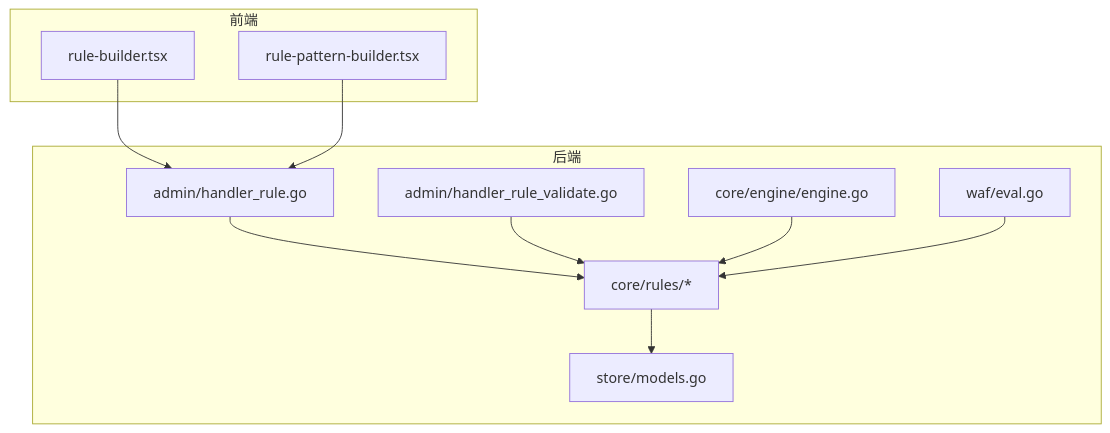
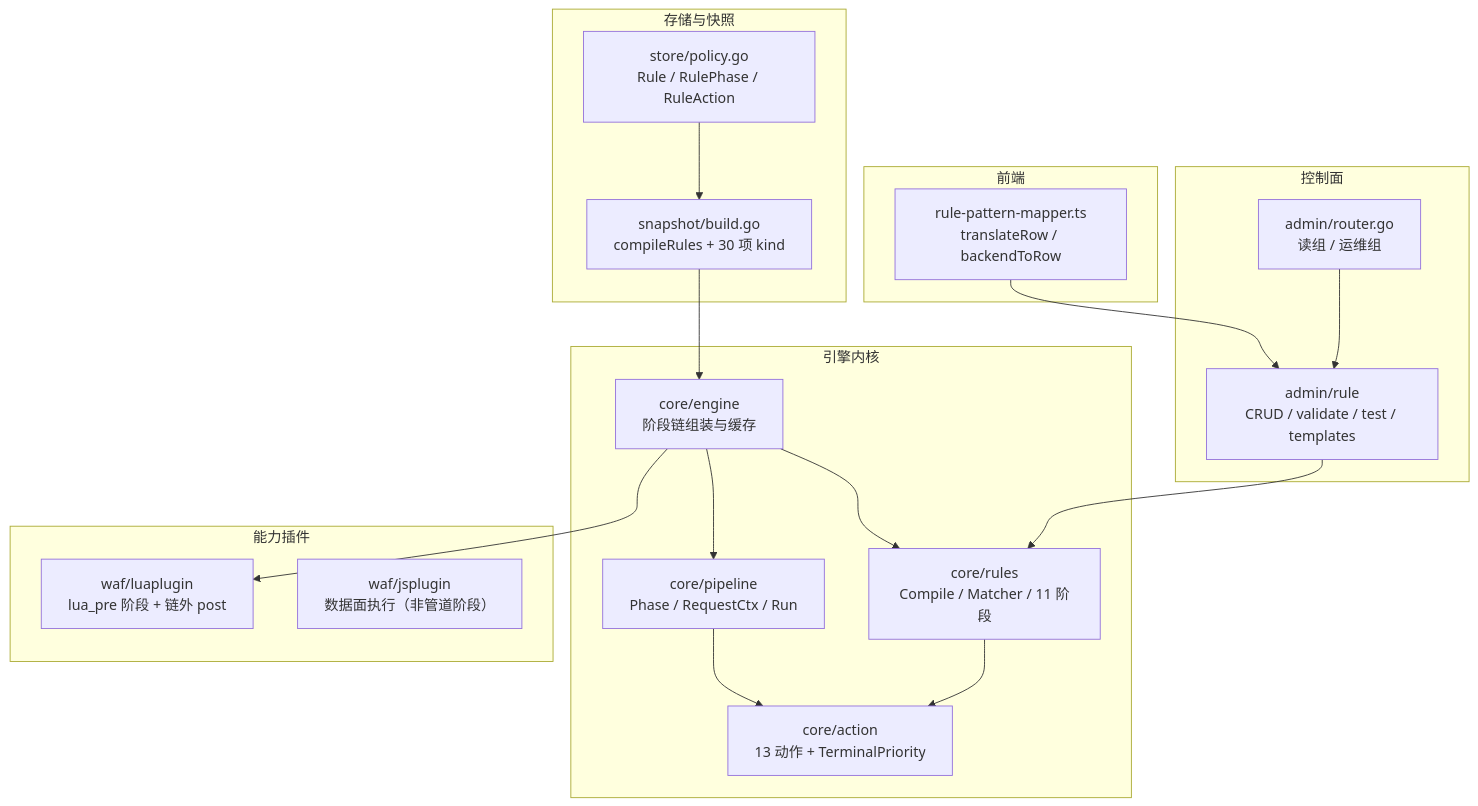
The first of 5 diagrams in docs/扩展与插件系统/规则引擎扩展/规则引擎扩展.md (x01n/My-OpenWaf), drawn with Mermaid before and after one commit. The commit also changed other lines of this file and 622 other files, not shown here.

````diff
--- a/docs/扩展与插件系统/规则引擎扩展/规则引擎扩展.md
+++ b/docs/扩展与插件系统/规则引擎扩展/规则引擎扩展.md
@@ -56,22 +75,34 @@
 ```mermaid
 graph TB
+subgraph "控制面"
+AD["admin/rule<br/>CRUD / validate / test / templates"]
+RT["admin/router.go<br/>读组 / 运维组"]
+end
+subgraph "存储与快照"
+ST["store/policy.go<br/>Rule / RulePhase / RuleAction"]
+SB["snapshot/build.go<br/>compileRules + 30 项 kind"]
+end
+subgraph "引擎内核"
+EN["core/engine<br/>阶段链组装与缓存"]
+PI["core/pipeline<br/>Phase / RequestCtx / Run"]
+RU["core/rules<br/>Compile / Matcher / 11 阶段"]
+AC["core/action<br/>13 动作 + TerminalPriority"]
+end
+subgraph "能力插件"
+LU["waf/luaplugin<br/>lua_pre 阶段 + 链外 post"]
+JS["waf/jsplugin<br/>数据面执行（非管道阶段）"]
+end
 subgraph "前端"
-RB["rule-builder.tsx"]
-RPB["rule-pattern-builder.tsx"]
+FE["rule-pattern-mapper.ts<br/>translateRow / backendToRow"]
 end
-subgraph "后端"
-API["admin/handler_rule.go"]
-VAL["admin/handler_rule_validate.go"]
-ENG["core/engine/engine.go"]
-RULES["core/rules/*"]
-STORE["store/models.go"]
-WAF["waf/eval.go"]
-end
-RB --> API
-RPB --> API
-API --> RULES
-VAL --> RULES
-ENG --> RULES
-RULES --> STORE
-WAF --> RULES
+RT --> AD
+FE --> AD
+AD --> RU
+ST --> SB
+SB --> EN
+EN --> RU
+EN --> PI
+EN --> LU
+RU --> AC
+PI --> AC
 ```
````
